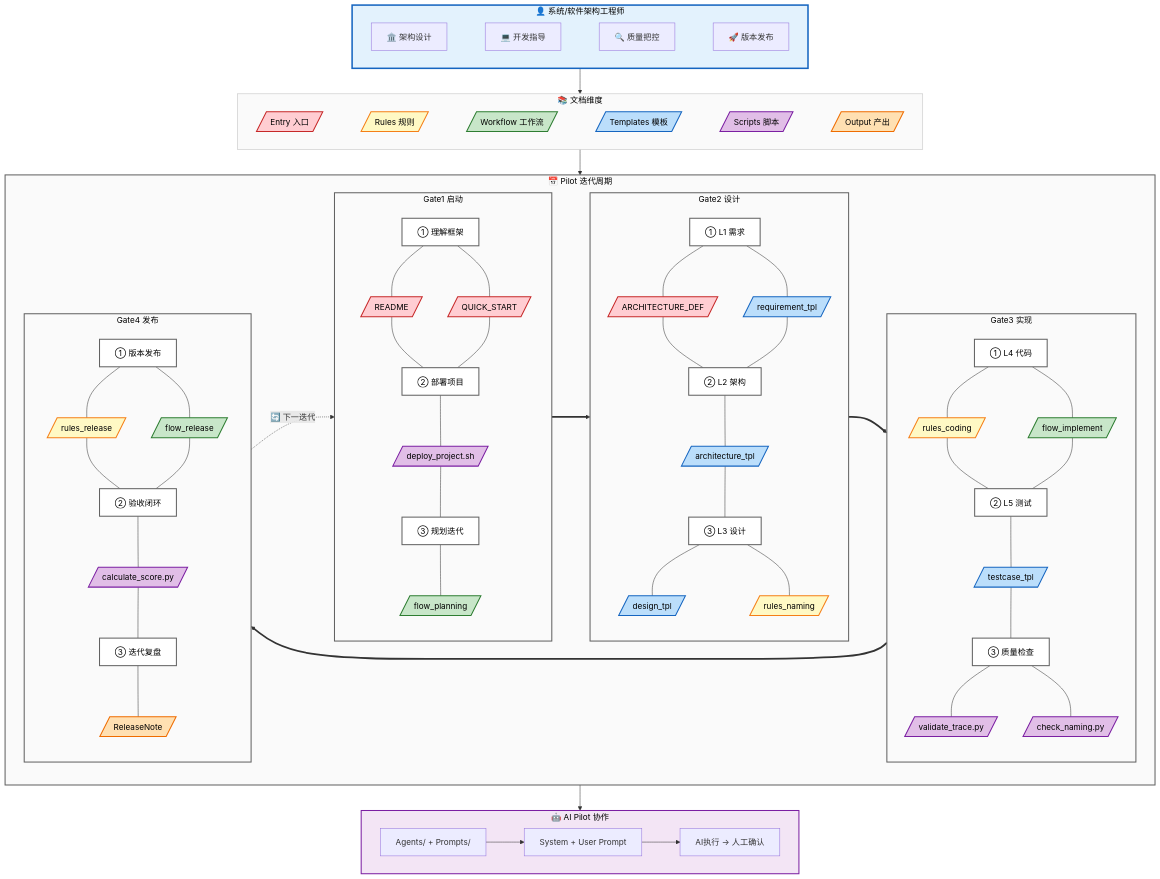
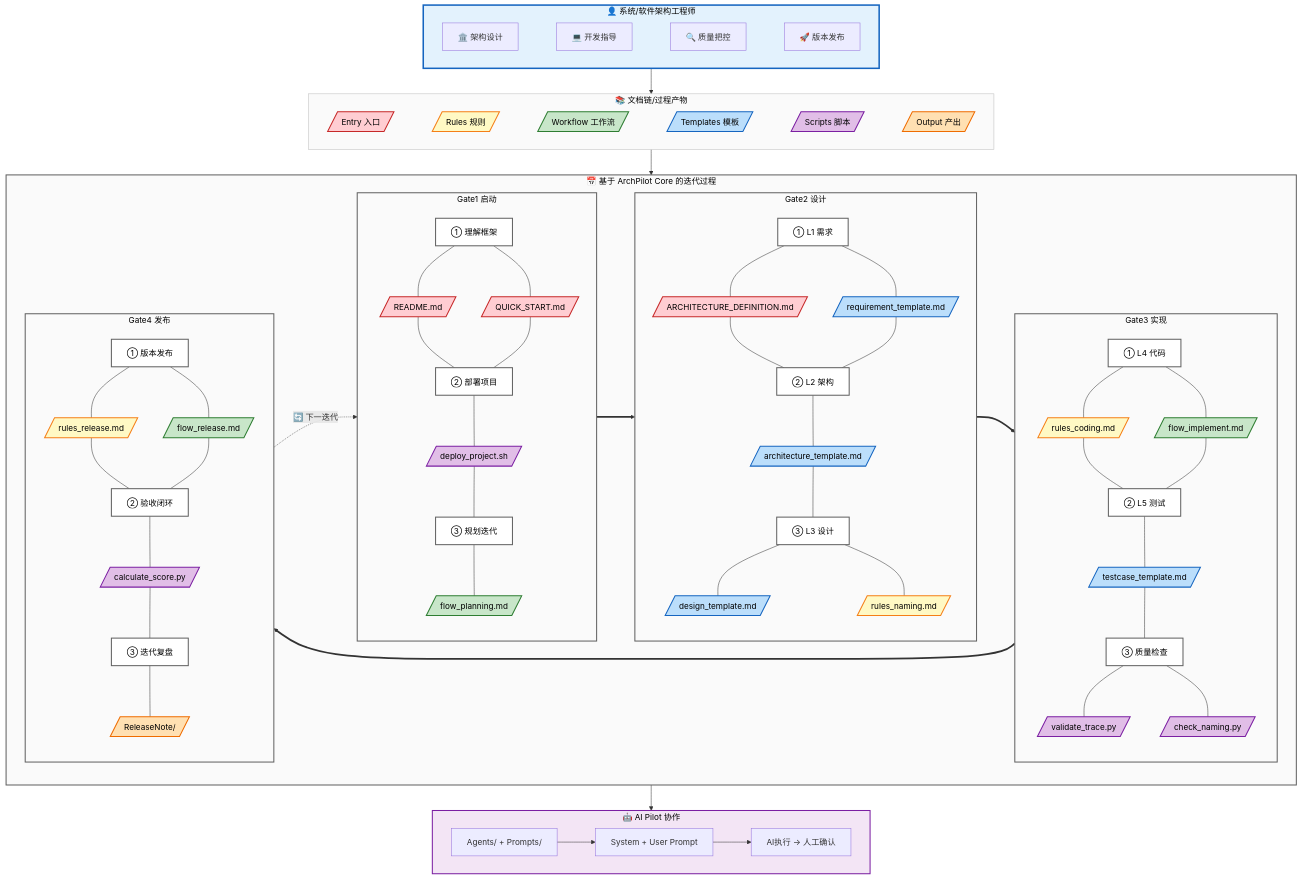
One commit to lukagithub/archpilot_core changed the diagram in Governance/PILOT_GLOBAL_FLOW.mmd. Above: the diagram before and after it, drawn with Mermaid.

Commit message:
docs: complete full filenames in PILOT_GLOBAL_FLOW - Gate1: README.md, QUICK_START.md, flow_planning.md - Gate2: ARCHITECTURE_DEFINITION.md, requirement_template.md,          architecture_template.md, design_template.md, rules_naming.md - Gate3: rules_coding.md, flow_implement.md, testcase_template.md,          validate_trace.py, check_naming.py - Gate4: rules_release.md, flow_release.md, calculate_score.py, ReleaseNote/

```diff
--- a/Governance/PILOT_GLOBAL_FLOW.mmd
+++ b/Governance/PILOT_GLOBAL_FLOW.mmd
@@ -1,164 +1,164 @@
 %% ========================================
 %% ArchPilot Core 全局 Pilot 流程图
 %% 角色：系统架构师 / 软件架构工程师
 %% 说明：展示如何使用整个工程的文档资产推进项目迭代
 %% ========================================
 
 flowchart TB
     %% ==================== 角色入口 ====================
     subgraph Role["👤 系统/软件架构工程师"]
         direction LR
         R1["🏛️ 架构设计"] ~~~ R2["💻 开发指导"] ~~~ R3["🔍 质量把控"] ~~~ R4["🚀 版本发布"]
     end
 
     %% ==================== 图例（文档维度颜色） ====================
-    subgraph Legend["📚 文档维度"]
+    subgraph Legend["📚 文档链/过程产物"]
         direction LR
         L1[/"Entry 入口"/]
         L2[/"Rules 规则"/]
         L3[/"Workflow 工作流"/]
         L4[/"Templates 模板"/]
         L5[/"Scripts 脚本"/]
         L6[/"Output 产出"/]
         L1 ~~~ L2 ~~~ L3 ~~~ L4 ~~~ L5 ~~~ L6
     end
 
     %% ==================== Pilot 迭代周期（核心） ====================
-    subgraph Phases["📅 Pilot 迭代周期"]
+    subgraph Phases["📅 基于 ArchPilot Core 的迭代过程"]
         direction LR
 
         subgraph P1["Gate1 启动"]
             direction TB
             P1_S["① 理解框架"]
-            P1_D1[/"README"/]
-            P1_D2[/"QUICK_START"/]
+            P1_D1[/"README.md"/]
+            P1_D2[/"QUICK_START.md"/]
             P1_M["② 部署项目"]
             P1_D3[/"deploy_project.sh"/]
             P1_E["③ 规划迭代"]
-            P1_D4[/"flow_planning"/]
+            P1_D4[/"flow_planning.md"/]
             P1_S --- P1_D1 & P1_D2
             P1_D1 & P1_D2 --- P1_M
             P1_M --- P1_D3
             P1_D3 --- P1_E
             P1_E --- P1_D4
         end
 
         subgraph P2["Gate2 设计"]
             direction TB
             P2_S["① L1 需求"]
-            P2_D1[/"ARCHITECTURE_DEF"/]
-            P2_D2[/"requirement_tpl"/]
+            P2_D1[/"ARCHITECTURE_DEFINITION.md"/]
+            P2_D2[/"requirement_template.md"/]
             P2_M["② L2 架构"]
-            P2_D3[/"architecture_tpl"/]
+            P2_D3[/"architecture_template.md"/]
             P2_E["③ L3 设计"]
-            P2_D4[/"design_tpl"/]
-            P2_D5[/"rules_naming"/]
+            P2_D4[/"design_template.md"/]
+            P2_D5[/"rules_naming.md"/]
             P2_S --- P2_D1 & P2_D2
             P2_D1 & P2_D2 --- P2_M
             P2_M --- P2_D3
             P2_D3 --- P2_E
             P2_E --- P2_D4 & P2_D5
         end
 
         subgraph P3["Gate3 实现"]
             direction TB
             P3_S["① L4 代码"]
-            P3_D1[/"rules_coding"/]
-            P3_D2[/"flow_implement"/]
+            P3_D1[/"rules_coding.md"/]
+            P3_D2[/"flow_implement.md"/]
             P3_M["② L5 测试"]
-            P3_D3[/"testcase_tpl"/]
+            P3_D3[/"testcase_template.md"/]
             P3_E["③ 质量检查"]
             P3_D4[/"validate_trace.py"/]
             P3_D5[/"check_naming.py"/]
             P3_S --- P3_D1 & P3_D2
             P3_D1 & P3_D2 --- P3_M
             P3_M --- P3_D3
             P3_D3 --- P3_E
             P3_E --- P3_D4 & P3_D5
         end
 
         subgraph P4["Gate4 发布"]
             direction TB
             P4_S["① 版本发布"]
-            P4_D1[/"rules_release"/]
-            P4_D2[/"flow_release"/]
+            P4_D1[/"rules_release.md"/]
+            P4_D2[/"flow_release.md"/]
             P4_M["② 验收闭环"]
             P4_D3[/"calculate_score.py"/]
             P4_E["③ 迭代复盘"]
-            P4_D4[/"ReleaseNote"/]
+            P4_D4[/"ReleaseNote/"/]
             P4_S --- P4_D1 & P4_D2
             P4_D1 & P4_D2 --- P4_M
             P4_M --- P4_D3
             P4_D3 --- P4_E
             P4_E --- P4_D4
         end
 
         P1 ==> P2 ==> P3 ==> P4
     end
 
     %% 迭代闭环
     P4 -.->|🔄 下一迭代| P1
 
     %% ==================== AI Pilot 协作（底部） ====================
     subgraph AI_Pilot["🤖 AI Pilot 协作"]
         direction LR
         AI_IN["Agents/ + Prompts/"] --> AI_PROC["System + User Prompt"] --> AI_OUT["AI执行 → 人工确认"]
     end
 
     %% ==================== 层级连接 ====================
     Role --> Legend
     Legend --> Phases
     Phases --> AI_Pilot
 
     %% ==================== 样式定义 ====================
     %% 框架样式
     classDef roleStyle fill:#e3f2fd,stroke:#1565c0,stroke-width:3px,color:#000
     classDef phaseStyle fill:#fafafa,stroke:#616161,stroke-width:2px,color:#000
     classDef aiStyle fill:#f3e5f5,stroke:#7b1fa2,stroke-width:2px,color:#000
     classDef legendStyle fill:#fafafa,stroke:#bdbdbd,stroke-width:1px,color:#000
     classDef stepStyle fill:#fff,stroke:#616161,stroke-width:2px,color:#000
 
     %% 文档维度颜色
     classDef entryStyle fill:#ffcdd2,stroke:#c62828,stroke-width:2px,color:#000
     classDef ruleStyle fill:#fff9c4,stroke:#f57f17,stroke-width:2px,color:#000
     classDef workflowStyle fill:#c8e6c9,stroke:#2e7d32,stroke-width:2px,color:#000
     classDef tplStyle fill:#bbdefb,stroke:#1565c0,stroke-width:2px,color:#000
     classDef scriptStyle fill:#e1bee7,stroke:#7b1fa2,stroke-width:2px,color:#000
     classDef outputStyle fill:#ffe0b2,stroke:#ef6c00,stroke-width:2px,color:#000
 
     %% 应用样式
     class Role roleStyle
     class Phases,P1,P2,P3,P4 phaseStyle
     class AI_Pilot aiStyle
     class Legend legendStyle
     class P1_S,P1_M,P1_E,P2_S,P2_M,P2_E,P3_S,P3_M,P3_E,P4_S,P4_M,P4_E stepStyle
 
     %% 图例颜色
     class L1 entryStyle
     class L2 ruleStyle
     class L3 workflowStyle
     class L4 tplStyle
     class L5 scriptStyle
     class L6 outputStyle
 
     %% Gate1: Entry(红) + Scripts(紫) + Workflow(绿)
     class P1_D1,P1_D2 entryStyle
     class P1_D3 scriptStyle
     class P1_D4 workflowStyle
 
     %% Gate2: Entry(红) + Templates(蓝) + Rules(黄)
     class P2_D1 entryStyle
     class P2_D2,P2_D3,P2_D4 tplStyle
     class P2_D5 ruleStyle
 
     %% Gate3: Rules(黄) + Workflow(绿) + Templates(蓝) + Scripts(紫)
     class P3_D1 ruleStyle
     class P3_D2 workflowStyle
     class P3_D3 tplStyle
     class P3_D4,P3_D5 scriptStyle
 
     %% Gate4: Rules(黄) + Workflow(绿) + Scripts(紫) + Output(橙)
     class P4_D1 ruleStyle
     class P4_D2 workflowStyle
     class P4_D3 scriptStyle
     class P4_D4 outputStyle
```
